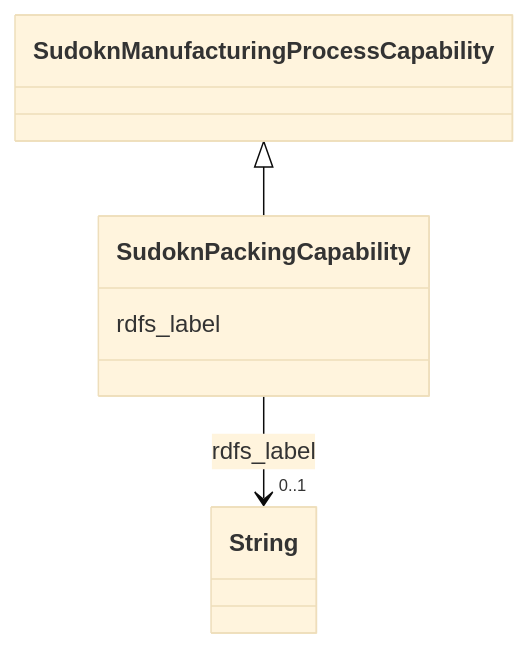
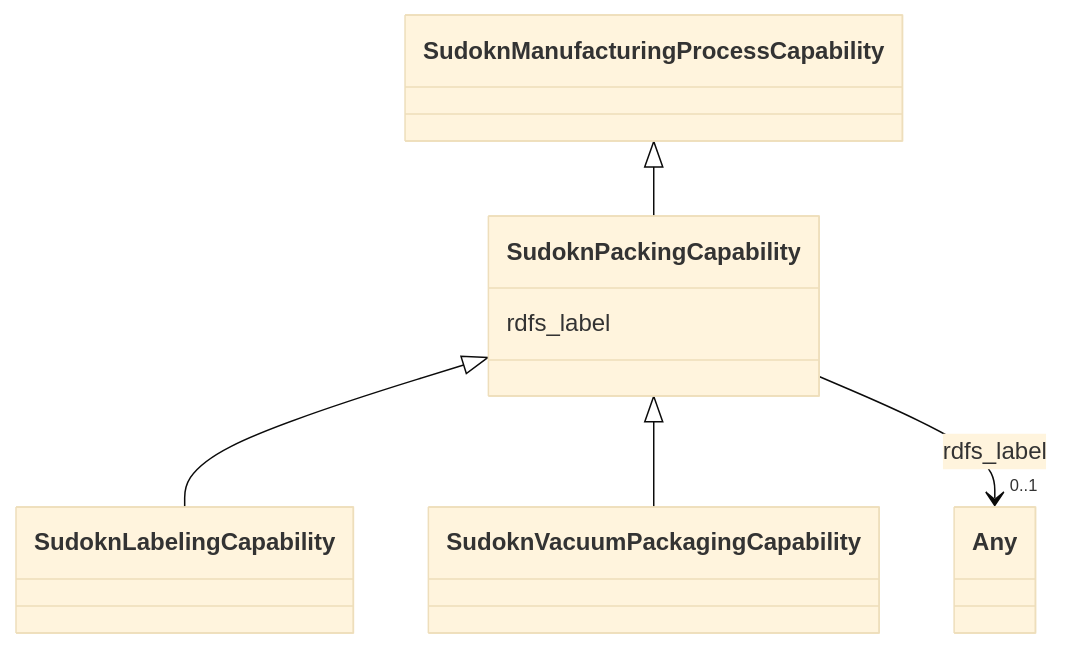
The diagram in sudokn-kg/classes/SudoknPackingCapability.md (frink-okn/graph-descriptions), drawn with Mermaid (base theme) before and after one commit. The commit also changed other lines of this file and 903 other files, not shown here.

````diff
--- a/sudokn-kg/classes/SudoknPackingCapability.md
+++ b/sudokn-kg/classes/SudoknPackingCapability.md
@@ -23,18 +18,25 @@
 ```mermaid
  classDiagram
     class SudoknPackingCapability
     click SudoknPackingCapability href "../SudoknPackingCapability"
       SudoknManufacturingProcessCapability <|-- SudoknPackingCapability
         click SudoknManufacturingProcessCapability href "../SudoknManufacturingProcessCapability"
       
+
+      SudoknPackingCapability <|-- SudoknLabelingCapability
+        click SudoknLabelingCapability href "../SudoknLabelingCapability"
+      SudoknPackingCapability <|-- SudoknVacuumPackagingCapability
+        click SudoknVacuumPackagingCapability href "../SudoknVacuumPackagingCapability"
+      
+      
       SudoknPackingCapability : rdfs_label
         
           
     
     
-    SudoknPackingCapability --> "0..1" String : rdfs_label
-    click String href "../String"
+    SudoknPackingCapability --> "0..1" Any : rdfs_label
+    click Any href "../Any"
 
         
       
 ```
````
